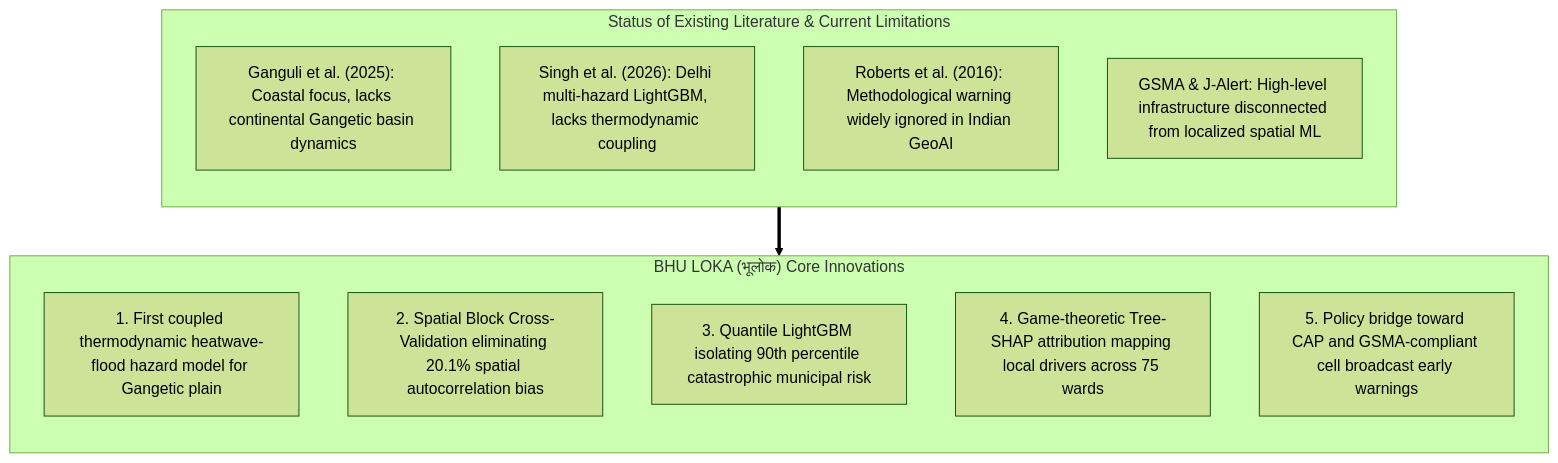
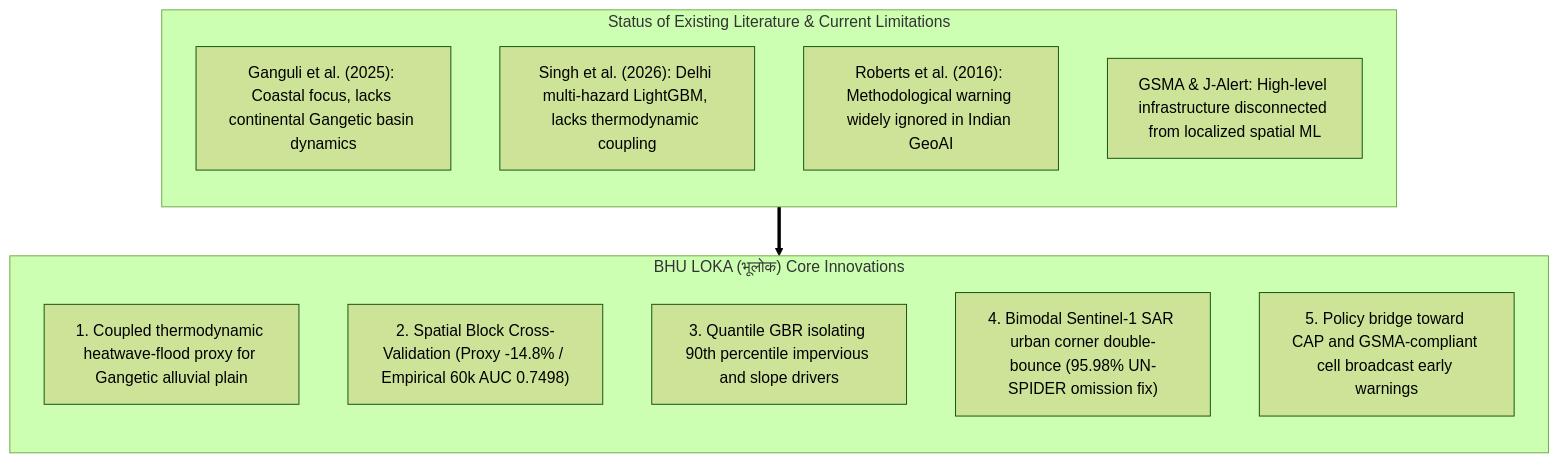
One commit to Amourhoffen/BHU_LOKA changed the third of 3 diagrams in Research_Paper_Workflow/Review/01_Comprehensive_Literature_Review.md. Above: the diagram before and after it, drawn with Mermaid (forest theme). The commit also changed other lines of this file and 121 other files, not shown here.

````diff
--- a/Research_Paper_Workflow/Review/01_Comprehensive_Literature_Review.md
+++ b/Research_Paper_Workflow/Review/01_Comprehensive_Literature_Review.md
@@ -237,21 +236,21 @@
 ```mermaid
 flowchart TD
     subgraph LIT ["Status of Existing Literature & Current Limitations"]
         direction TB
         L1["Ganguli et al. (2025): Coastal focus, lacks continental Gangetic basin dynamics"]
         L2["Singh et al. (2026): Delhi multi-hazard LightGBM, lacks thermodynamic coupling"]
         L3["Roberts et al. (2016): Methodological warning widely ignored in Indian GeoAI"]
         L4["GSMA & J-Alert: High-level infrastructure disconnected from localized spatial ML"]
     end
 
     subgraph CORE ["BHU LOKA (भूलोक) Core Innovations"]
         direction TB
-        C1["1. First coupled thermodynamic heatwave-flood hazard model for Gangetic plain"]
-        C2["2. Spatial Block Cross-Validation eliminating 20.1% spatial autocorrelation bias"]
-        C3["3. Quantile LightGBM isolating 90th percentile catastrophic municipal risk"]
-        C4["4. Game-theoretic Tree-SHAP attribution mapping local drivers across 75 wards"]
+        C1["1. Coupled thermodynamic heatwave-flood proxy for Gangetic alluvial plain"]
+        C2["2. Spatial Block Cross-Validation (Proxy -14.8% / Empirical 60k AUC 0.7498)"]
+        C3["3. Quantile GBR isolating 90th percentile impervious and slope drivers"]
+        C4["4. Bimodal Sentinel-1 SAR urban corner double-bounce (95.98% UN-SPIDER omission fix)"]
         C5["5. Policy bridge toward CAP and GSMA-compliant cell broadcast early warnings"]
     end
 
     LIT ==> CORE
 ```
````
